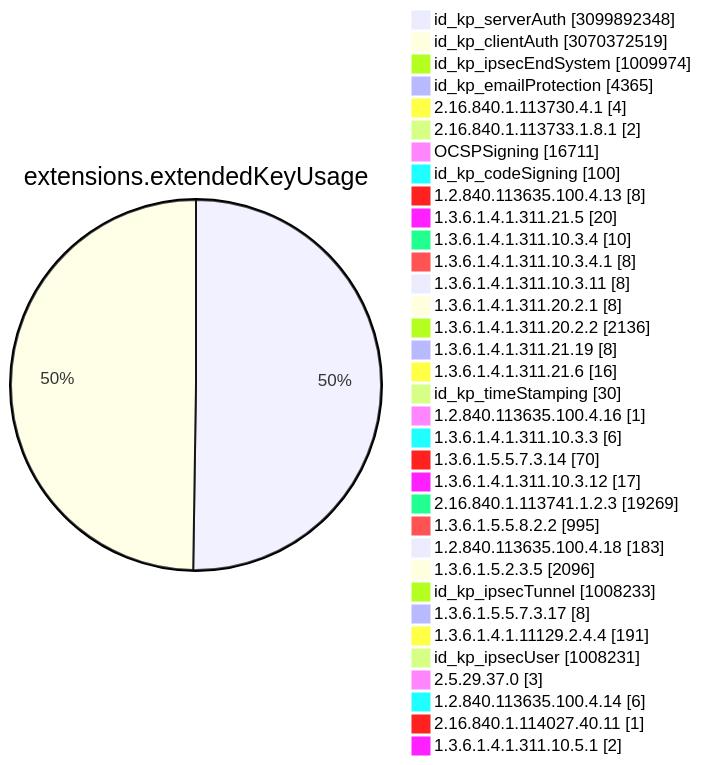
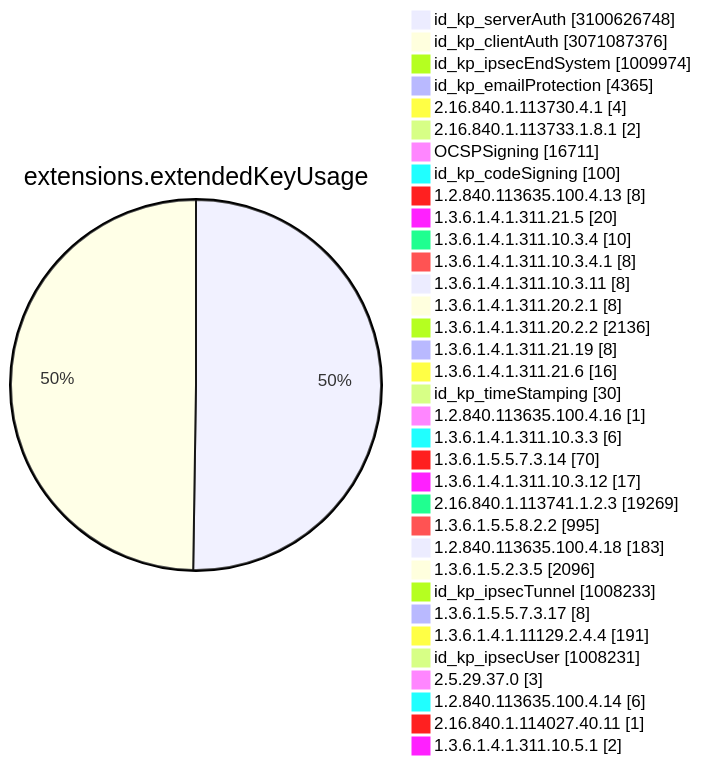
Diagram 11 of 15 in TOTAL/README.md (christiankrug/ctmonitor_visualization), drawn with Mermaid before and after one commit. The commit also changed other lines of this file, not shown here.

````diff
--- a/TOTAL/README.md
+++ b/TOTAL/README.md
@@ -4117,38 +4117,38 @@
 ```mermaid
 pie showData
 title extensions.extendedKeyUsage
-"id_kp_serverAuth" :3099892348
-"id_kp_clientAuth" :3070372519
+"id_kp_serverAuth" :3100626748
+"id_kp_clientAuth" :3071087376
 "id_kp_ipsecEndSystem" :1009974
 "id_kp_emailProtection" :4365
 "2.16.840.1.113730.4.1" :4
 "2.16.840.1.113733.1.8.1" :2
 "OCSPSigning" :16711
 "id_kp_codeSigning" :100
 "1.2.840.113635.100.4.13" :8
 "1.3.6.1.4.1.311.21.5" :20
 "1.3.6.1.4.1.311.10.3.4" :10
 "1.3.6.1.4.1.311.10.3.4.1" :8
 "1.3.6.1.4.1.311.10.3.11" :8
 "1.3.6.1.4.1.311.20.2.1" :8
 "1.3.6.1.4.1.311.20.2.2" :2136
 "1.3.6.1.4.1.311.21.19" :8
 "1.3.6.1.4.1.311.21.6" :16
 "id_kp_timeStamping" :30
 "1.2.840.113635.100.4.16" :1
 "1.3.6.1.4.1.311.10.3.3" :6
 "1.3.6.1.5.5.7.3.14" :70
 "1.3.6.1.4.1.311.10.3.12" :17
 "2.16.840.1.113741.1.2.3" :19269
 "1.3.6.1.5.5.8.2.2" :995
 "1.2.840.113635.100.4.18" :183
 "1.3.6.1.5.2.3.5" :2096
 "id_kp_ipsecTunnel" :1008233
 "1.3.6.1.5.5.7.3.17" :8
 "1.3.6.1.4.1.11129.2.4.4" :191
 "id_kp_ipsecUser" :1008231
 "2.5.29.37.0" :3
 "1.2.840.113635.100.4.14" :6
 "2.16.840.1.114027.40.11" :1
 "1.3.6.1.4.1.311.10.5.1" :2
 ```
````
